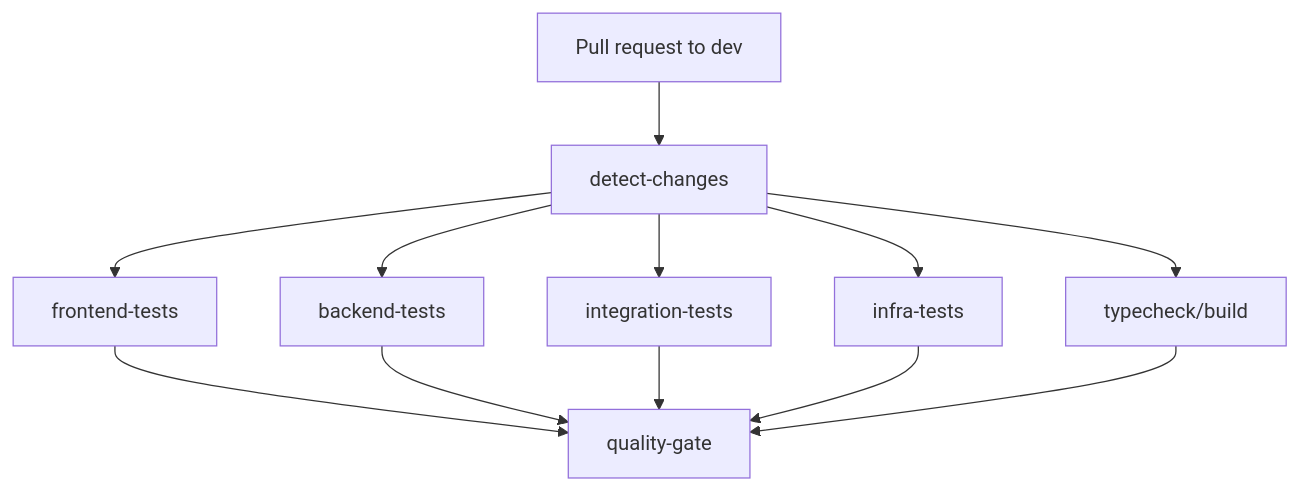
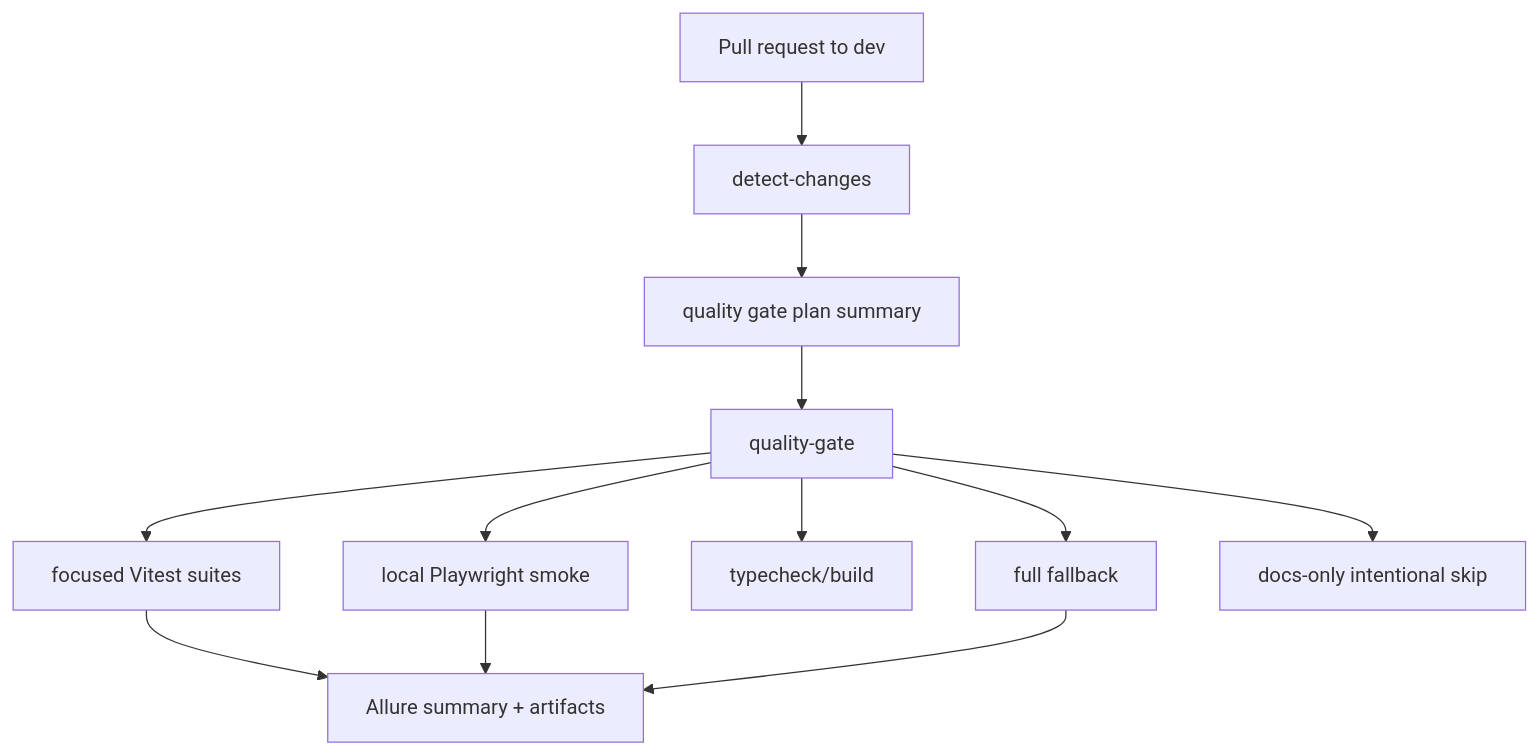
One commit to Shaobangzhu/chaoran-property-intelligence changed the second of 6 diagrams in docs/testing/test-framework.md. Above: the diagram before and after it, drawn with Mermaid. The commit also changed other lines of this file and 6 other files, not shown here.

Commit message:
ci: add dependency-aware PR quality gate

````diff
--- a/docs/testing/test-framework.md
+++ b/docs/testing/test-framework.md
@@ -303,14 +305,14 @@
 ```mermaid
 flowchart TD
     Start[Pull request to dev] --> Detect[detect-changes]
-    Detect --> Frontend[frontend-tests]
-    Detect --> Backend[backend-tests]
-    Detect --> Integration[integration-tests]
-    Detect --> Infra[infra-tests]
-    Detect --> Types[typecheck/build]
-    Frontend --> Gate[quality-gate]
-    Backend --> Gate
-    Integration --> Gate
-    Infra --> Gate
-    Types --> Gate
+    Detect --> Plan[quality gate plan summary]
+    Plan --> Gate[quality-gate]
+    Gate --> Focused[focused Vitest suites]
+    Gate --> System[local Playwright smoke]
+    Gate --> Types[typecheck/build]
+    Gate --> Full[full fallback]
+    Gate --> Docs[docs-only intentional skip]
+    Focused --> Report[Allure summary + artifacts]
+    System --> Report
+    Full --> Report
 ```
````
